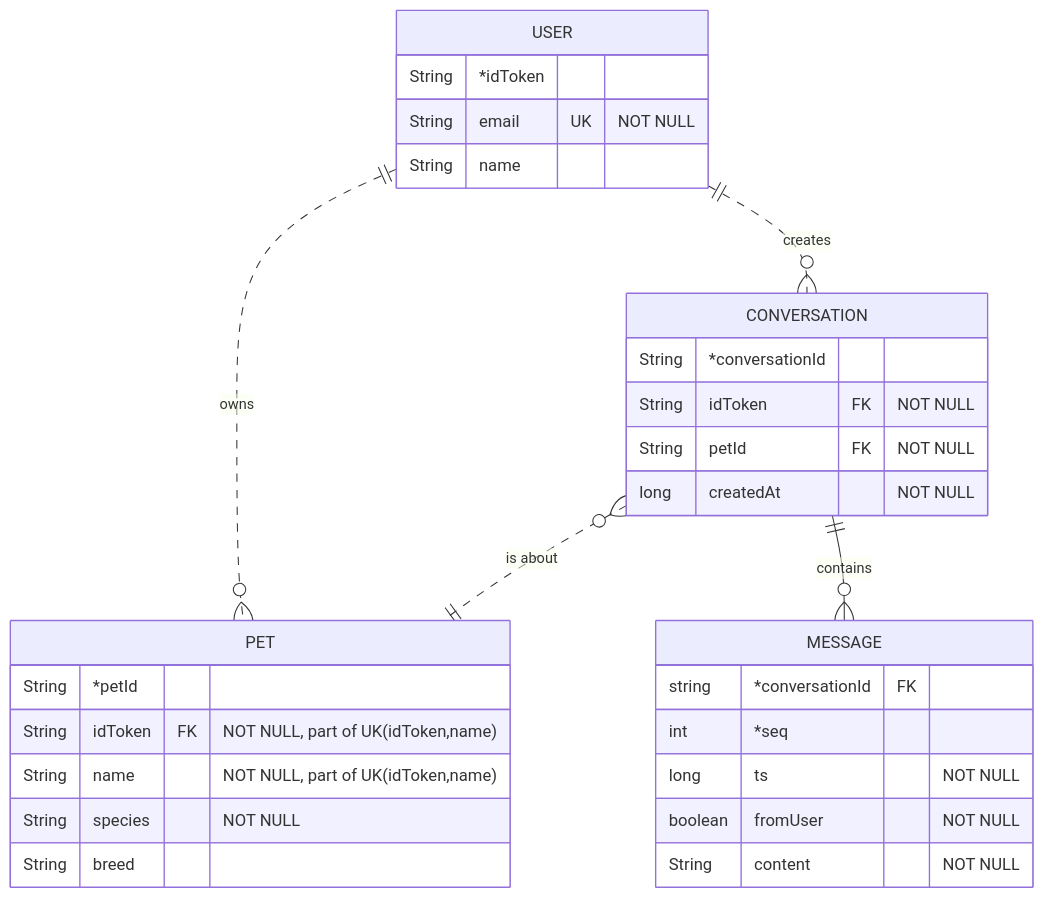
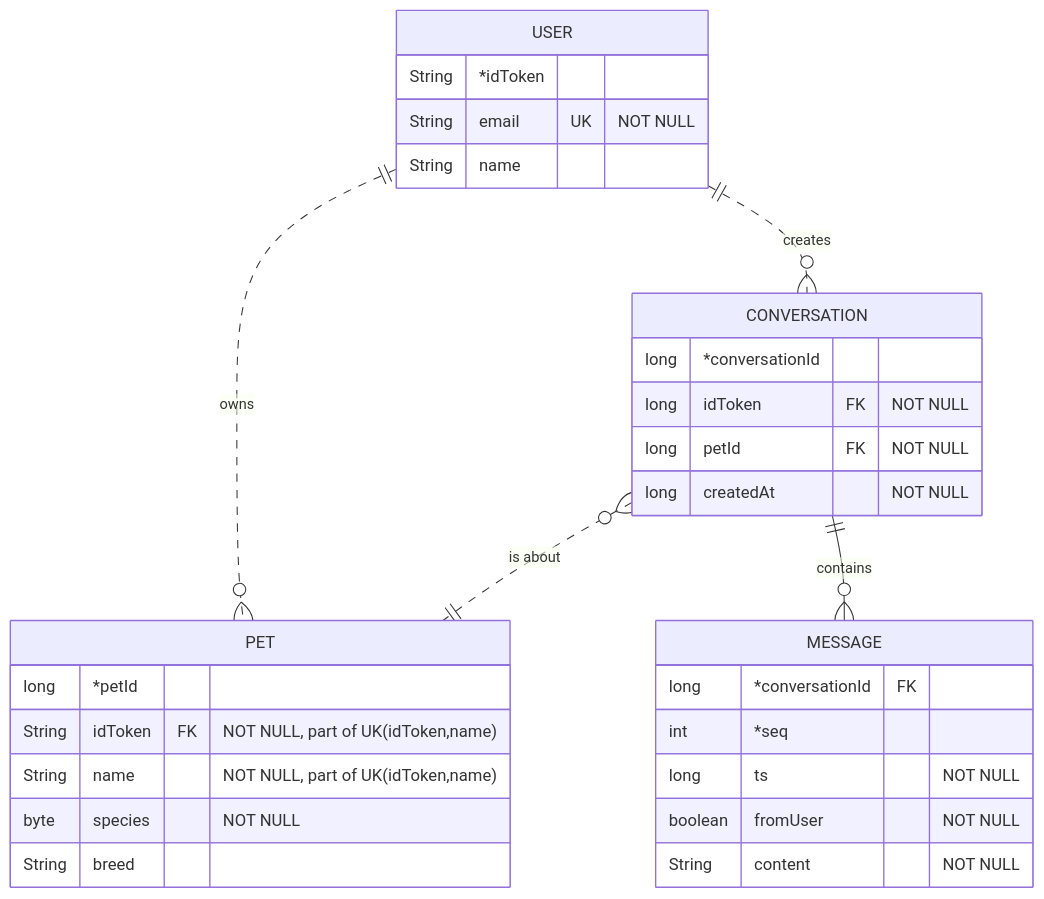
Before and after one commit to Nicoletta-Leuzzi/Beagle: the diagram in README.md, drawn with Mermaid.

Commit message:
Aggiornato tipi da `String` a `long` e `byte`

````diff
--- a/README.md
+++ b/README.md
@@ -27,36 +27,36 @@
 ```mermaid
 erDiagram
   USER 1..0+ PET : owns
   USER 1..0+ CONVERSATION : creates
   USER {
     String *idToken
     String email UK "NOT NULL"
     String name
   }
 
   %%UNIQUE (idToken, name)
   PET {
-    String *petId
+    long *petId
     String idToken FK "NOT NULL, part of UK(idToken,name)"
     String name "NOT NULL, part of UK(idToken,name)"
-    String species "NOT NULL"
+    byte species "NOT NULL"
     String breed
   }
 
   CONVERSATION 0+..1 PET : "is about"
   CONVERSATION 1--0+ MESSAGE : contains
   CONVERSATION {
-  String *conversationId
-  String idToken FK "NOT NULL"
-  String petId FK "NOT NULL"
+  long *conversationId
+  long idToken FK "NOT NULL"
+  long petId FK "NOT NULL"
   long createdAt "NOT NULL"
   }
 
   MESSAGE {
-    string *conversationId FK
+    long *conversationId FK
     int *seq
     long ts "NOT NULL"
     boolean fromUser "NOT NULL"
     String content "NOT NULL"
   }
 ```
````
